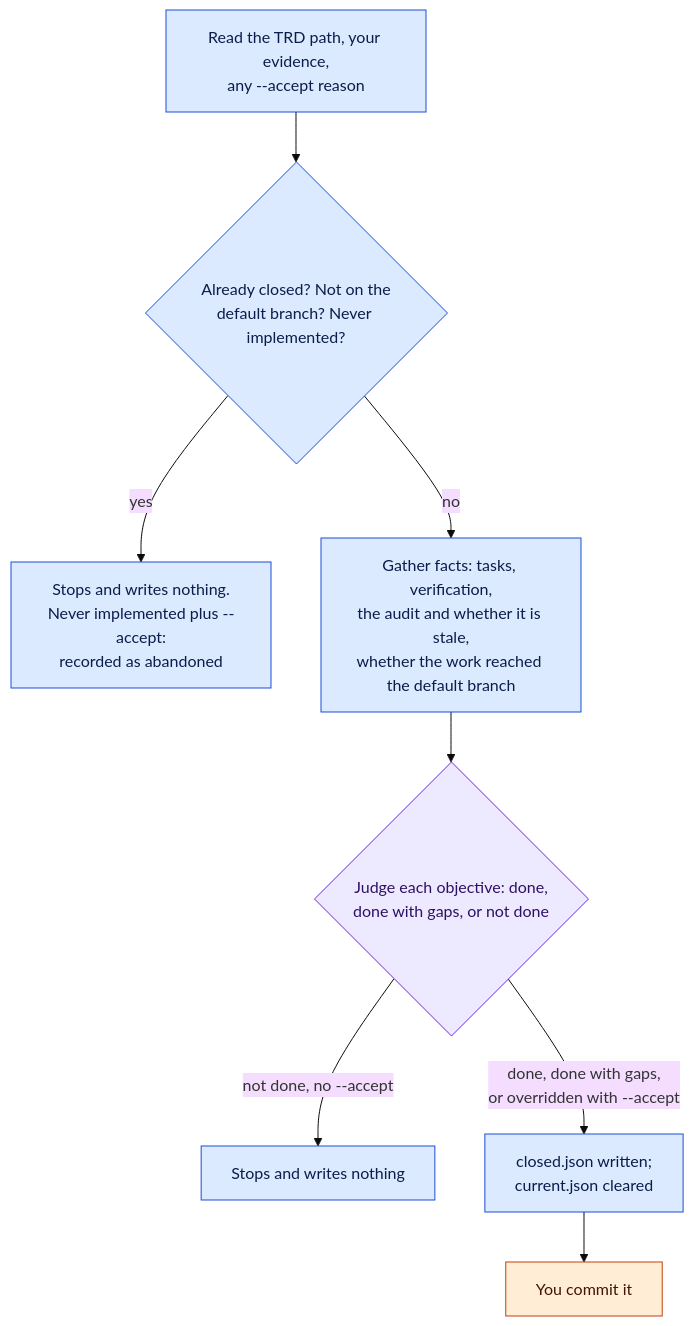
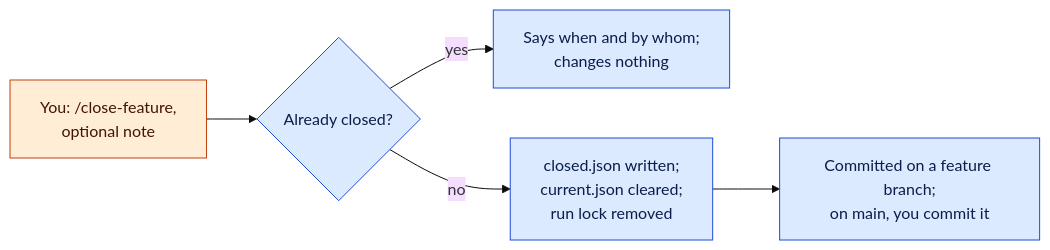
The eighth of 12 diagrams in docs/guides/PROCESS.md (FortiumPartners/ensemble-vnext), drawn with Mermaid (base theme) before and after one commit. The commit also changed other lines of this file and 33 other files, not shown here.

First line of the commit message:
feat(close-out): two ways to close a feature, and closing is bookkeeping (owner decision)

````diff
--- a/docs/guides/PROCESS.md
+++ b/docs/guides/PROCESS.md
@@ -241,11 +239,9 @@
 ```mermaid
-flowchart TD
-    a["Read the TRD path, your evidence,<br/>any --accept reason"]:::code --> s{"Already closed? Not on the<br/>default branch? Never implemented?"}:::code
-    s -->|"yes"| stop["Stops and writes nothing.<br/>Never implemented plus --accept:<br/>recorded as abandoned"]:::code
-    s -->|"no"| f["Gather facts: tasks, verification,<br/>the audit and whether it is stale,<br/>whether the work reached the default branch"]:::code --> j{"Judge each objective: done,<br/>done with gaps, or not done"}:::model
-    j -->|"not done, no --accept"| stop2["Stops and writes nothing"]:::code
-    j -->|"done, done with gaps,<br/>or overridden with --accept"| w["closed.json written;<br/>current.json cleared"]:::code --> y["You commit it"]:::you
+flowchart LR
+    a["You: /close-feature,<br/>optional note"]:::you --> c{"Already closed?"}:::code
+    c -->|"yes"| n["Says when and by whom;<br/>changes nothing"]:::code
+    c -->|"no"| w["closed.json written;<br/>current.json cleared;<br/>run lock removed"]:::code --> k["Committed on a feature branch;<br/>on main, you commit it"]:::code
     classDef code fill:#dbeafe,stroke:#1d4ed8,color:#0b1d4a
     classDef model fill:#ede9fe,stroke:#6d28d9,color:#2e1065
     classDef you fill:#ffedd5,stroke:#c2410c,color:#431407
 ```
````
